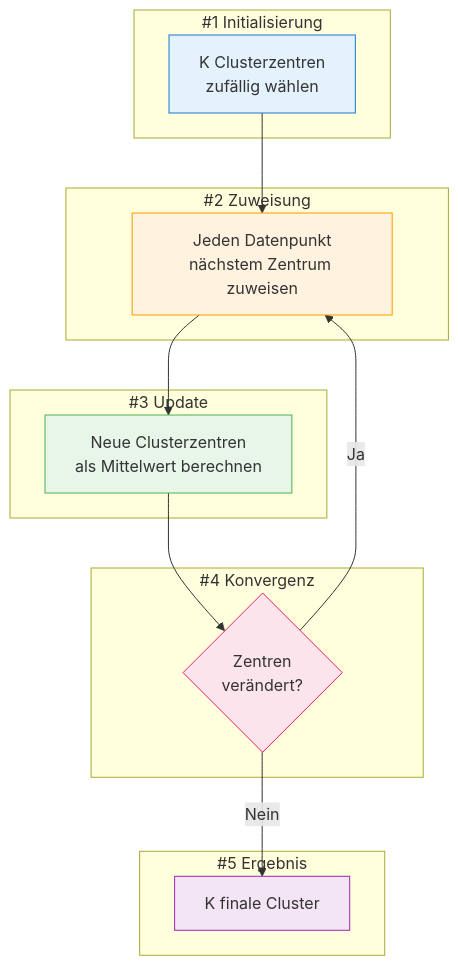
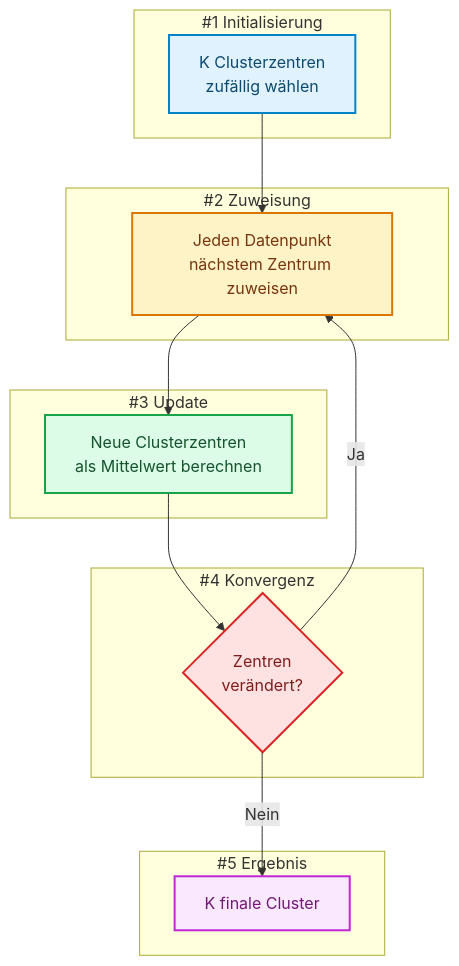
One commit to ralf-42/ML_Intro changed the second of 6 diagrams in docs/concepts/modeling/kmeans-dbscan.md. Above: the diagram before and after it, drawn with Mermaid. The commit also changed other lines of this file and 67 other files, not shown here.

````diff
--- a/docs/concepts/modeling/kmeans-dbscan.md
+++ b/docs/concepts/modeling/kmeans-dbscan.md
@@ -83,34 +86,38 @@
 ```mermaid
 flowchart TD
     subgraph Init["#1 Initialisierung"]
         A["K Clusterzentren<br/>zufällig wählen"]
     end
     
     subgraph Assign["#2 Zuweisung"]
         B["Jeden Datenpunkt<br/>nächstem Zentrum zuweisen"]
     end
     
     subgraph Update["#3 Update"]
         C["Neue Clusterzentren<br/>als Mittelwert berechnen"]
     end
     
     subgraph Check["#4 Konvergenz"]
         D{"Zentren<br/>verändert?"}
     end
     
     subgraph Result["#5 Ergebnis"]
         E["K finale Cluster"]
     end
     
     A --> B
     B --> C
     C --> D
     D -->|Ja| B
     D -->|Nein| E
-    
-    style A fill:#e3f2fd,stroke:#1976d2
-    style B fill:#fff3e0,stroke:#ff9800
-    style C fill:#e8f5e9,stroke:#4caf50
-    style D fill:#fce4ec,stroke:#e91e63
-    style E fill:#f3e5f5,stroke:#9c27b0
+
+    classDef default fill:#e0f2fe,stroke:#0284c7,stroke-width:2px,color:#0c4a6e;
+    classDef metric fill:#fef3c7,stroke:#d97706,stroke-width:2px,color:#78350f;
+    classDef output fill:#dcfce7,stroke:#16a34a,stroke-width:2px,color:#14532d;
+    classDef target fill:#fae8ff,stroke:#c026d3,stroke-width:2px,color:#701a75;
+    classDef stop fill:#fee2e2,stroke:#dc2626,stroke-width:2px,color:#7f1d1d;
+    class B metric;
+    class C output;
+    class E target;
+    class D stop;
 ```
````
